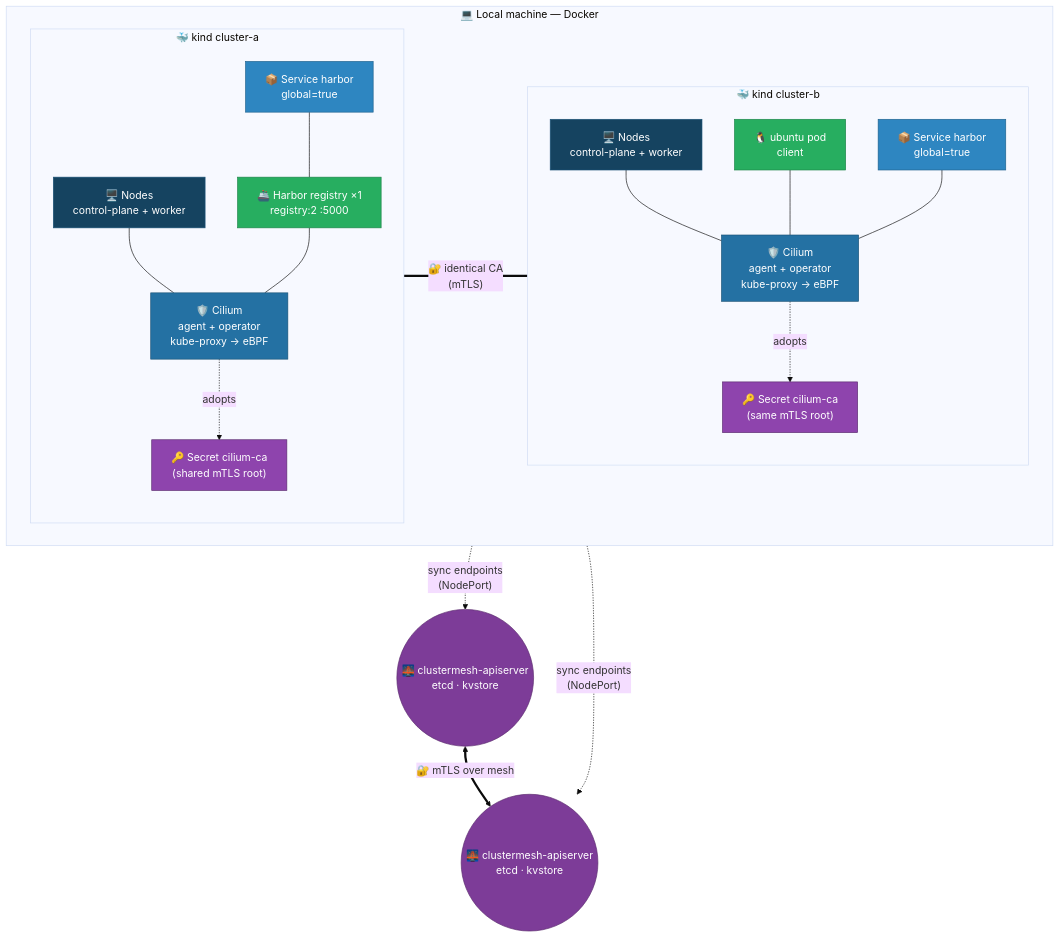
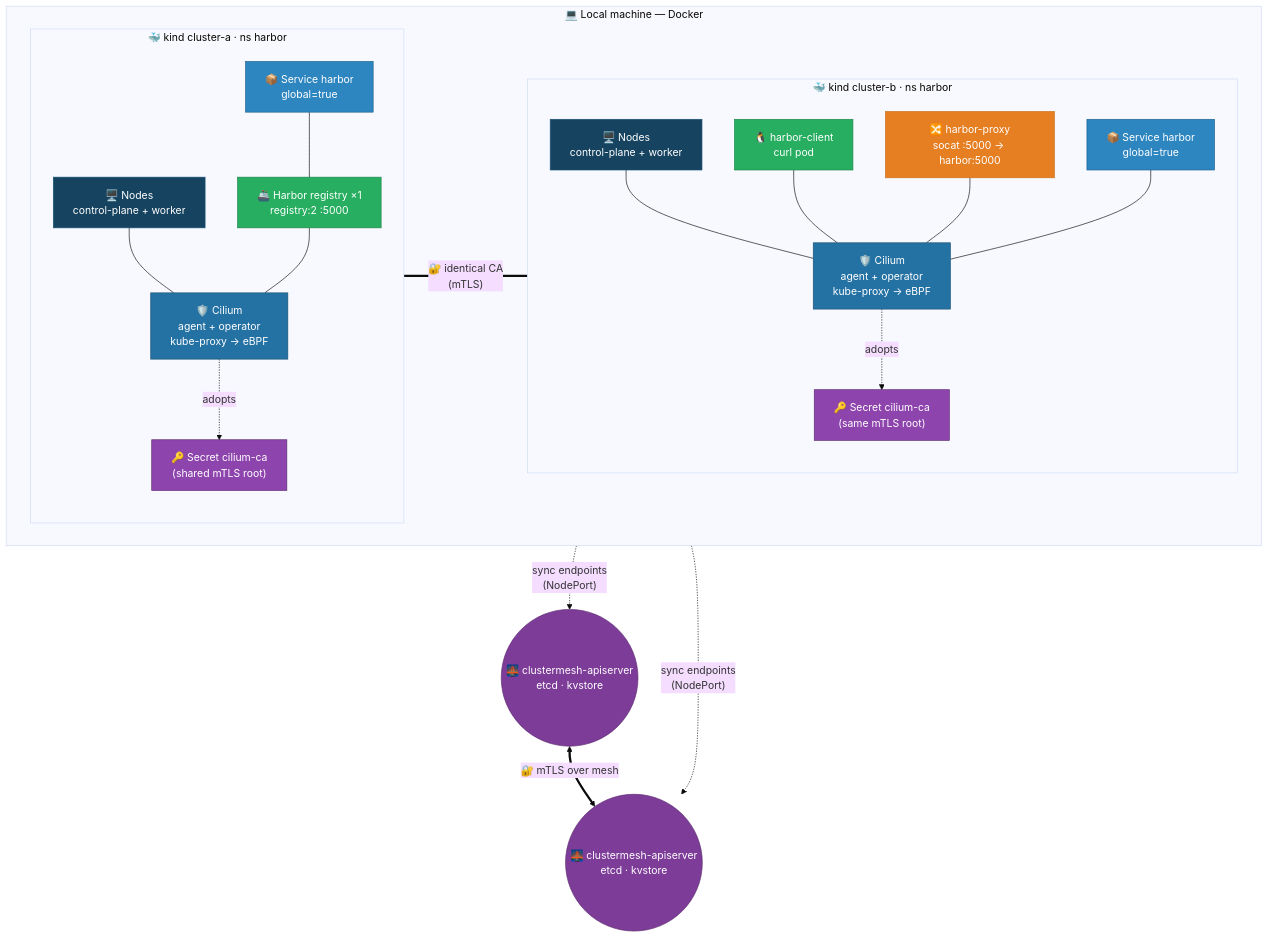
The first of 3 diagrams in README-harbor-clustermesh.md (Orpere/kind), drawn with Mermaid (base theme) before and after one commit. The commit also changed other lines of this file and 4 other files, not shown here.

First line of the commit message:
Move Harbor to 'harbor' namespace; enable port-forward from cluster-b via proxy pod

````diff
--- a/README-harbor-clustermesh.md
+++ b/README-harbor-clustermesh.md
@@ -29,54 +30,58 @@
 ```mermaid
 flowchart TB
     subgraph HOST["💻 Local machine — Docker"]
         direction LR
-        subgraph A["🐳 kind cluster-a"]
+        subgraph A["🐳 kind cluster-a · ns harbor"]
             direction TB
             ANODE["🖥️ Nodes<br/>control-plane + worker"]
             ACIL["🛡️ Cilium<br/>agent + operator<br/>kube-proxy → eBPF"]
             ACA["🔑 Secret cilium-ca<br/>(shared mTLS root)"]
             AHSV["📦 Service harbor<br/>global=true"]
             AHB["🚢 Harbor registry ×1<br/>registry:2 :5000"]
         end
 
-        subgraph B["🐳 kind cluster-b"]
+        subgraph B["🐳 kind cluster-b · ns harbor"]
             direction TB
             BNODE["🖥️ Nodes<br/>control-plane + worker"]
             BCIL["🛡️ Cilium<br/>agent + operator<br/>kube-proxy → eBPF"]
             BCA["🔑 Secret cilium-ca<br/>(same mTLS root)"]
             BHSV["📦 Service harbor<br/>global=true"]
-            BUB["🐧 ubuntu pod<br/>client"]
+            BUB["🐧 harbor-client<br/>curl pod"]
+            BPR["🔀 harbor-proxy<br/>socat :5000 → harbor:5000"]
         end
     end
 
     AAPI(("🌉 clustermesh-apiserver<br/>etcd · kvstore")):::cp
     BAPI(("🌉 clustermesh-apiserver<br/>etcd · kvstore")):::cp
 
     ANODE --- ACIL
     ACIL -.->|adopts| ACA
     AHB --- ACIL
     AHSV --- AHB
 
     BNODE --- BCIL
     BCIL -.->|adopts| BCA
     BUB --- BCIL
+    BPR --- BCIL
     BHSV --- BCIL
 
     ACA ===|"🔐 identical CA<br/>(mTLS)"| BCA
     AAPI <==>|"🔐 mTLS over mesh"| BAPI
     ACIL -.->|"sync endpoints<br/>(NodePort)"| AAPI
     BCIL -.->|"sync endpoints<br/>(NodePort)"| BAPI
 
     classDef cp fill:#7D3C98,stroke:#5B2C6F,color:#fff;
     classDef ca fill:#8E44AD,stroke:#5B2C6F,color:#fff;
     classDef cilium fill:#2471A3,stroke:#1A5276,color:#fff;
     classDef svc fill:#2E86C1,stroke:#1F618D,color:#fff;
     classDef workload fill:#27AE60,stroke:#1E8449,color:#fff;
     classDef node fill:#154360,stroke:#1A5276,color:#fff;
+    classDef proxy fill:#E67E22,stroke:#CA6F1E,color:#fff;
 
     class ANODE,BNODE node;
     class ACA,BCA ca;
     class ACIL,BCIL cilium;
     class AHSV,BHSV svc;
     class AHB,BUB workload;
+    class BPR proxy;
 ```
````
